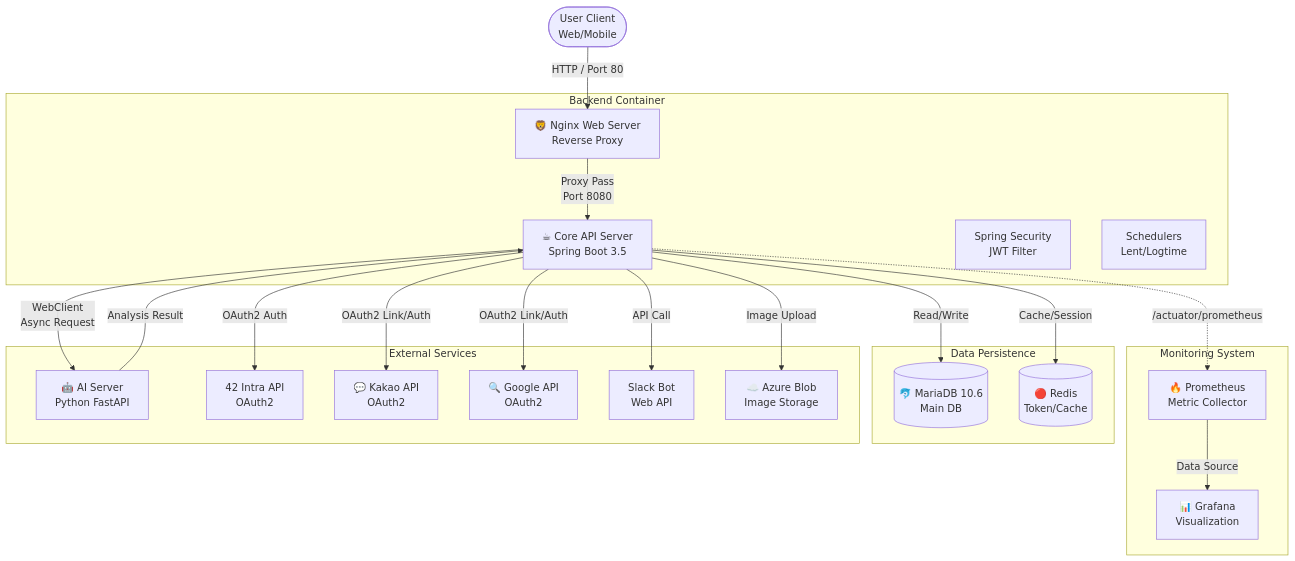
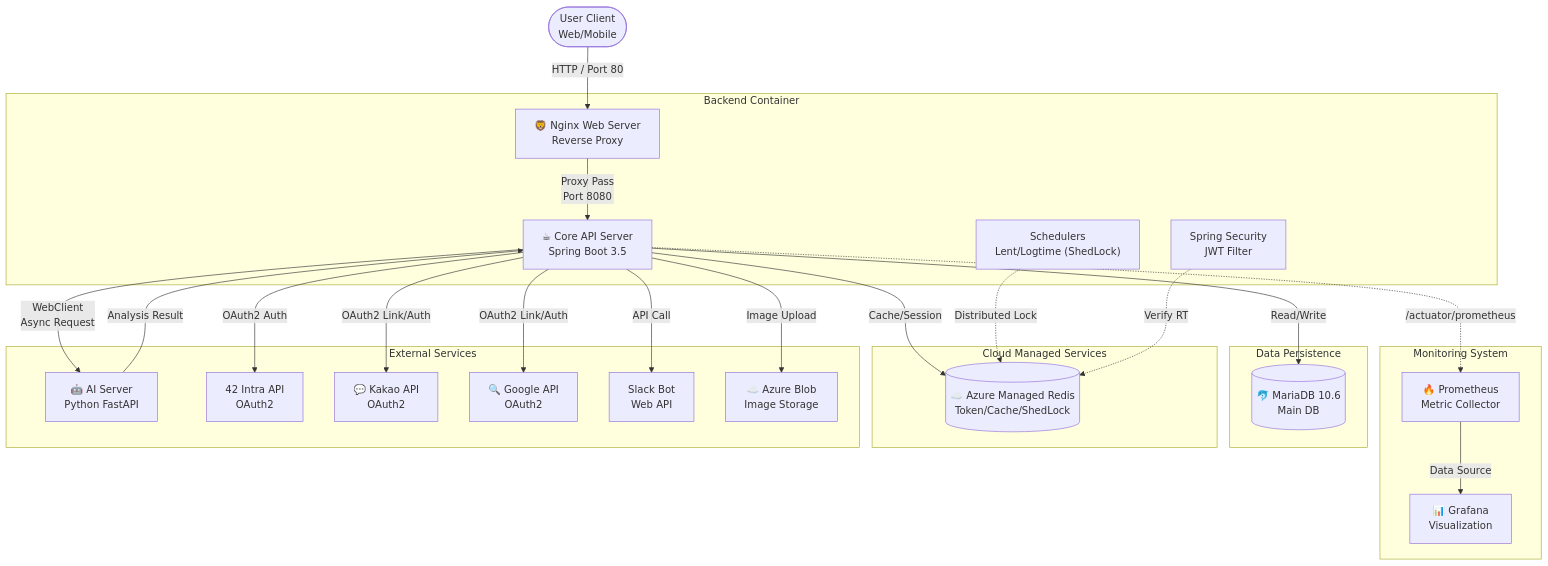
The first of 10 diagrams in backend/README.md (farmer0010/ft_transcendence), drawn with Mermaid before and after one commit. The commit also changed other lines of this file, not shown here.

Commit message:
docs: Azure Managed Redis, ShedLock, JWT 최적화에 따른 README 구조 및 아키텍처 다이어그램 업데이트

````diff
--- a/backend/README.md
+++ b/backend/README.md
@@ -14,48 +14,54 @@
 ```mermaid
 graph TD
     %% 클라이언트 및 진입점
     Client(["User Client<br>Web/Mobile"]) -->|HTTP / Port 80| Nginx["🦁 Nginx Web Server<br>Reverse Proxy"]
     
     %% 백엔드 영역
     subgraph "Backend Container"
         Nginx -->|"Proxy Pass<br>Port 8080"| SpringBoot["☕ Core API Server<br>Spring Boot 3.5"]
         Security["Spring Security<br>JWT Filter"]
-        Scheduler["Schedulers<br>Lent/Logtime"]
+        Scheduler["Schedulers<br>Lent/Logtime (ShedLock)"]
     end
 
     %% 모니터링 영역 (New)
     subgraph "Monitoring System"
         Prometheus["🔥 Prometheus<br>Metric Collector"]
         Grafana["📊 Grafana<br>Visualization"]
         
         SpringBoot -.->|"/actuator/prometheus"| Prometheus
         Prometheus -->|"Data Source"| Grafana
     end
 
     %% 데이터 영역
     subgraph "Data Persistence"
         MariaDB[("🐬 MariaDB 10.6<br>Main DB")]
-        Redis[("🔴 Redis<br>Token/Cache")]
+    end
+
+    %% 클라우드 관리형 서비스
+    subgraph "Cloud Managed Services"
+        Redis[("☁️ Azure Managed Redis<br>Token/Cache/ShedLock")]
     end
 
     %% 외부 서비스
     subgraph "External Services"
         AI_Server["🤖 AI Server<br>Python FastAPI"]
         Intra_API["42 Intra API<br>OAuth2"]
         Kakao_API["💬 Kakao API<br>OAuth2"]
         Google_API["🔍 Google API<br>OAuth2"]
         Slack["Slack Bot<br>Web API"]
         Azure_Blob["☁️ Azure Blob<br>Image Storage"]
     end
 
     %% 연결 관계
     SpringBoot -->|Read/Write| MariaDB
     SpringBoot -->|Cache/Session| Redis
     SpringBoot -->|"WebClient<br>Async Request"| AI_Server
     AI_Server -->|"Analysis Result"| SpringBoot
     SpringBoot -->|"OAuth2 Auth"| Intra_API
     SpringBoot -->|"OAuth2 Link/Auth"| Kakao_API
     SpringBoot -->|"OAuth2 Link/Auth"| Google_API
     SpringBoot -->|API Call| Slack
     SpringBoot -->|"Image Upload"| Azure_Blob
+    Scheduler -.->|"Distributed Lock"| Redis
+    Security -.->|"Verify RT"| Redis
 ```
````
